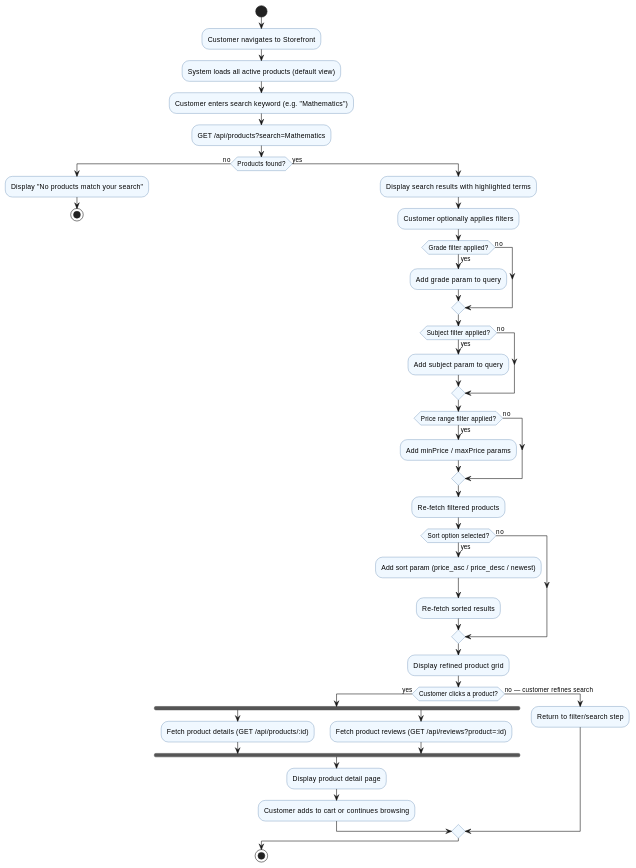
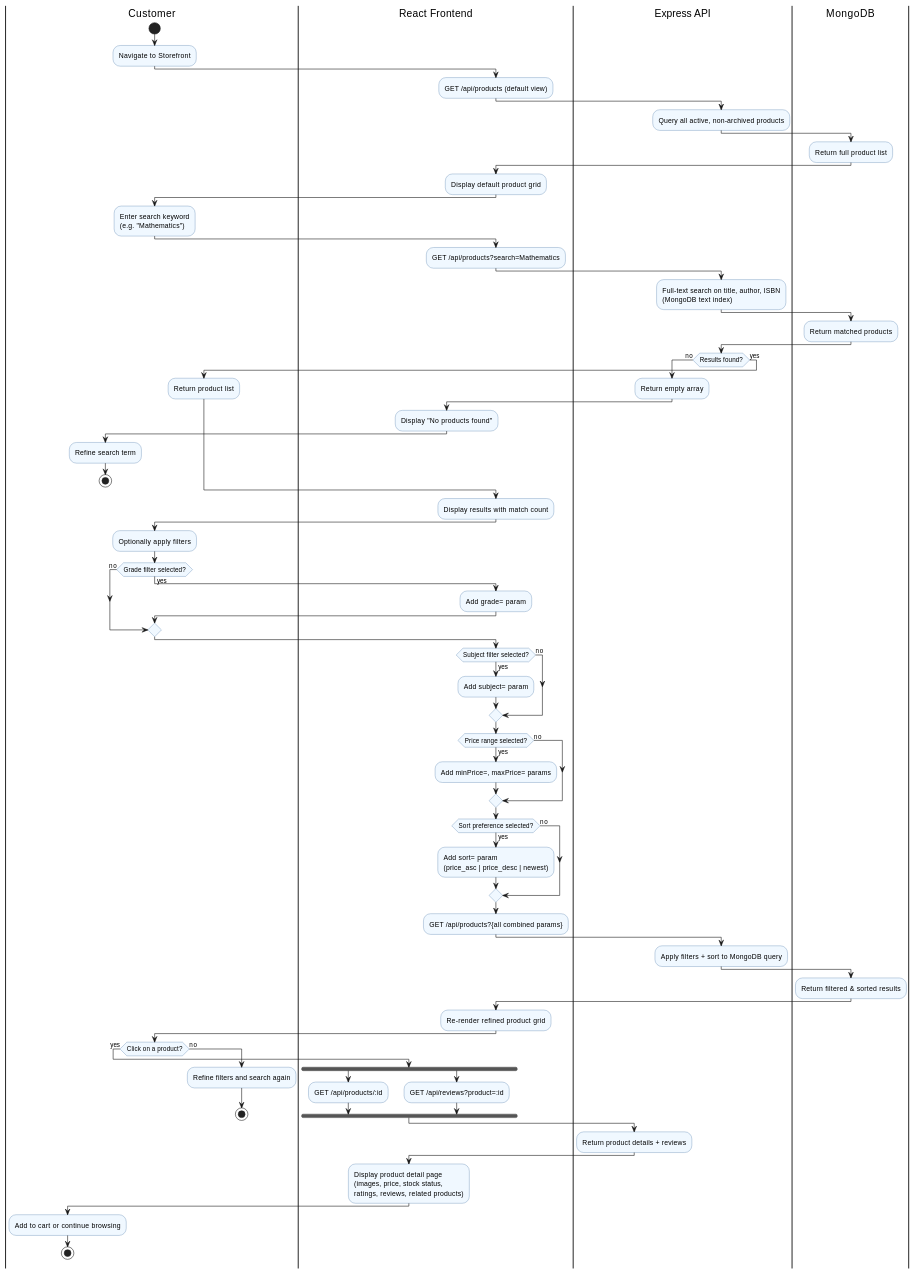
One commit to sarasithagalagama/methsara-publications-webstore changed diagram 19 of 20 in docs/re-assignment/RE_Assignment_2_Report.md. Above: the diagram before and after it, drawn with PlantUML. The commit also changed other lines of this file, not shown here.

````diff
--- a/docs/re-assignment/RE_Assignment_2_Report.md
+++ b/docs/re-assignment/RE_Assignment_2_Report.md
@@ -1134,51 +1534,112 @@
   BackgroundColor #f0f8ff
   BorderColor #336699
 }
+skinparam partition {
+  BorderColor #336699
+  FontStyle bold
+}
 
+|Customer|
 start
-:Customer navigates to Storefront;
-:System loads all active products (default view);
-:Customer enters search keyword (e.g. "Mathematics");
+:Navigate to Storefront;
+
+|React Frontend|
+:GET /api/products (default view);
+
+|Express API|
+:Query all active, non-archived products;
+
+|MongoDB|
+:Return full product list;
+
+|React Frontend|
+:Display default product grid;
+
+|Customer|
+:Enter search keyword\n(e.g. "Mathematics");
+
+|React Frontend|
 :GET /api/products?search=Mathematics;
 
-if (Products found?) then (no)
-  :Display "No products match your search";
+|Express API|
+:Full-text search on title, author, ISBN\n(MongoDB text index);
+
+|MongoDB|
+:Return matched products;
+
+|Express API|
+if (Results found?) then (no)
+  :Return empty array;
+  |React Frontend|
+  :Display "No products found";
+  |Customer|
+  :Refine search term;
   stop
 else (yes)
-  :Display search results with highlighted terms;
-  :Customer optionally applies filters;
-  if (Grade filter applied?) then (yes)
-    :Add grade param to query;
-  else (no)
-  endif
-  if (Subject filter applied?) then (yes)
-    :Add subject param to query;
-  else (no)
-  endif
-  if (Price range filter applied?) then (yes)
-    :Add minPrice / maxPrice params;
-  else (no)
-  endif
-  :Re-fetch filtered products;
-  if (Sort option selected?) then (yes)
-    :Add sort param (price_asc / price_desc / newest);
-    :Re-fetch sorted results;
-  else (no)
-  endif
-  :Display refined product grid;
-  if (Customer clicks a product?) then (yes)
-    fork
-      :Fetch product details (GET /api/products/:id);
-    fork again
-      :Fetch product reviews (GET /api/reviews?product=:id);
-    end fork
-    :Display product detail page;
-    :Customer adds to cart or continues browsing;
-  else (no — customer refines search)
-    :Return to filter/search step;
-  endif
+  :Return product list;
 endif
-stop
+
+|React Frontend|
+:Display results with match count;
+
+|Customer|
+:Optionally apply filters;
+if (Grade filter selected?) then (yes)
+  |React Frontend|
+  :Add grade= param;
+else (no)
+endif
+if (Subject filter selected?) then (yes)
+  |React Frontend|
+  :Add subject= param;
+else (no)
+endif
+if (Price range selected?) then (yes)
+  |React Frontend|
+  :Add minPrice=, maxPrice= params;
+else (no)
+endif
+if (Sort preference selected?) then (yes)
+  |React Frontend|
+  :Add sort= param\n(price_asc | price_desc | newest);
+else (no)
+endif
+
+|React Frontend|
+:GET /api/products?{all combined params};
+
+|Express API|
+:Apply filters + sort to MongoDB query;
+
+|MongoDB|
+:Return filtered & sorted results;
+
+|React Frontend|
+:Re-render refined product grid;
+
+|Customer|
+if (Click on a product?) then (yes)
+
+  |React Frontend|
+  fork
+    :GET /api/products/:id;
+  fork again
+    :GET /api/reviews?product=:id;
+  end fork
+
+  |Express API|
+  :Return product details + reviews;
+
+  |React Frontend|
+  :Display product detail page\n(images, price, stock status,\nratings, reviews, related products);
+
+  |Customer|
+  :Add to cart or continue browsing;
+  stop
+else (no)
+  :Refine filters and search again;
+  stop
+endif
 
 @enduml
 ```
````
